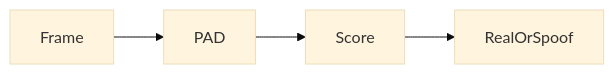
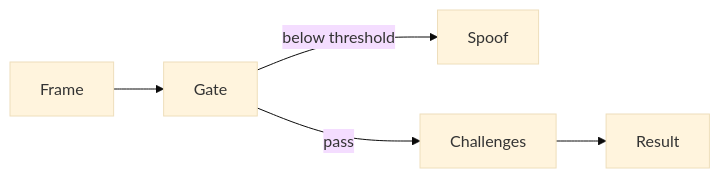
One commit to gentlebear0988/faceplugin-docs changed the diagram in faceplugin-docs/products/face-recognition-sdk/liveness-detection-sdk/mobile-sdk/README.md. Above: the diagram before and after it, drawn with Mermaid (base theme). The commit also changed other lines of this file and 29 other files, not shown here.

````diff
--- a/faceplugin-docs/products/face-recognition-sdk/liveness-detection-sdk/mobile-sdk/README.md
+++ b/faceplugin-docs/products/face-recognition-sdk/liveness-detection-sdk/mobile-sdk/README.md
@@ -21,6 +24,7 @@
 ```mermaid
 flowchart LR
-  Frame --> PAD
-  PAD --> Score
-  Score --> RealOrSpoof
+  Frame --> Gate
+  Gate -->|below threshold| Spoof
+  Gate -->|pass| Challenges
+  Challenges --> Result
 ```
````
